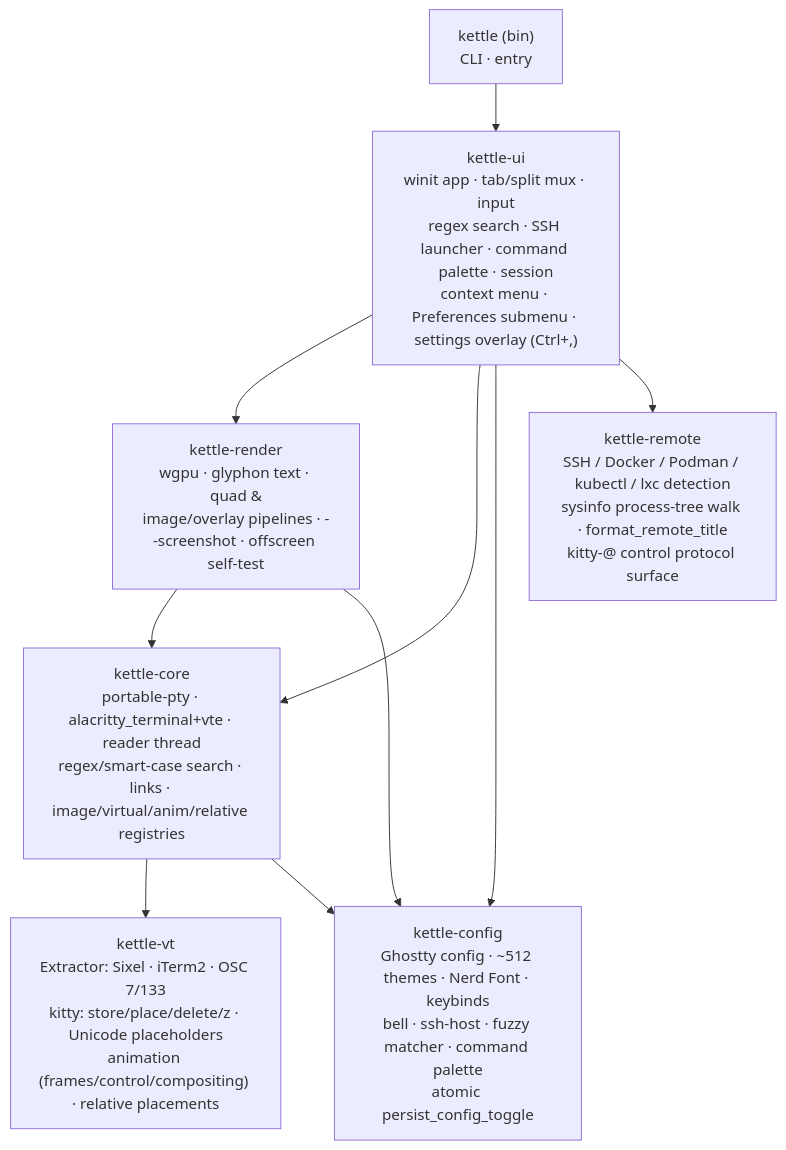
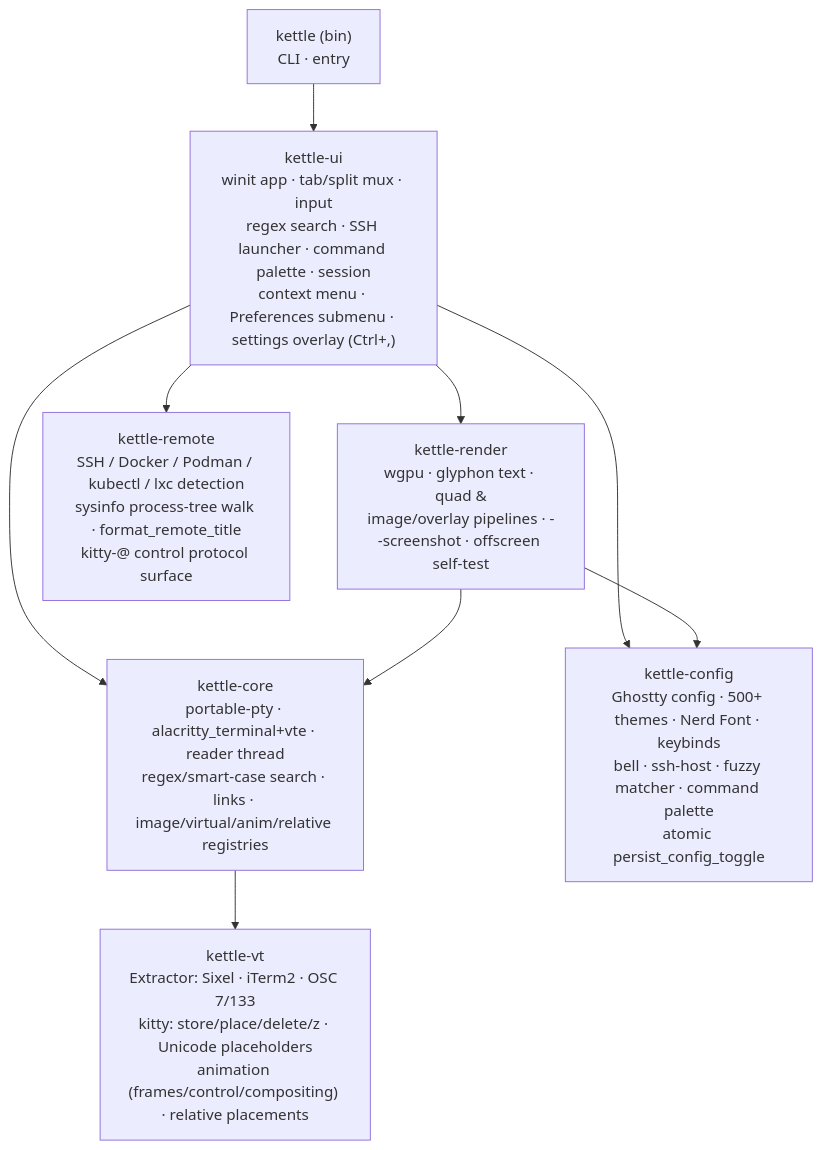
Before and after one commit to Reddimus/kettle: the first of 9 diagrams in docs/ARCHITECTURE.md, drawn with Mermaid. The commit also changed 15 other files, not shown here.

````diff
--- a/docs/ARCHITECTURE.md
+++ b/docs/ARCHITECTURE.md
@@ -10,15 +10,14 @@
 ```mermaid
 graph TD
     bin["kettle (bin)<br/>CLI · entry"] --> ui
     ui["kettle-ui<br/>winit app · tab/split mux · input<br/>regex search · SSH launcher · command palette · session<br/>context menu · Preferences submenu · settings overlay (Ctrl+,)"] --> render
     ui --> core
     ui --> cfg
     ui --> remote
     render["kettle-render<br/>wgpu · glyphon text · quad &<br/>image/overlay pipelines · --screenshot · offscreen self-test"] --> core
     render --> cfg
     core["kettle-core<br/>portable-pty · alacritty_terminal+vte · reader thread<br/>regex/smart-case search · links · image/virtual/anim/relative registries"] --> vt
-    core --> cfg
-    cfg["kettle-config<br/>Ghostty config · ~512 themes · Nerd Font · keybinds<br/>bell · ssh-host · fuzzy matcher · command palette<br/>atomic persist_config_toggle"]
+    cfg["kettle-config<br/>Ghostty config · 500+ themes · Nerd Font · keybinds<br/>bell · ssh-host · fuzzy matcher · command palette<br/>atomic persist_config_toggle"]
     vt["kettle-vt<br/>Extractor: Sixel · iTerm2 · OSC 7/133<br/>kitty: store/place/delete/z · Unicode placeholders<br/>animation (frames/control/compositing) · relative placements"]
     remote["kettle-remote<br/>SSH / Docker / Podman / kubectl / lxc detection<br/>sysinfo process-tree walk · format_remote_title<br/>kitty-@ control protocol surface"]
 ```
````
